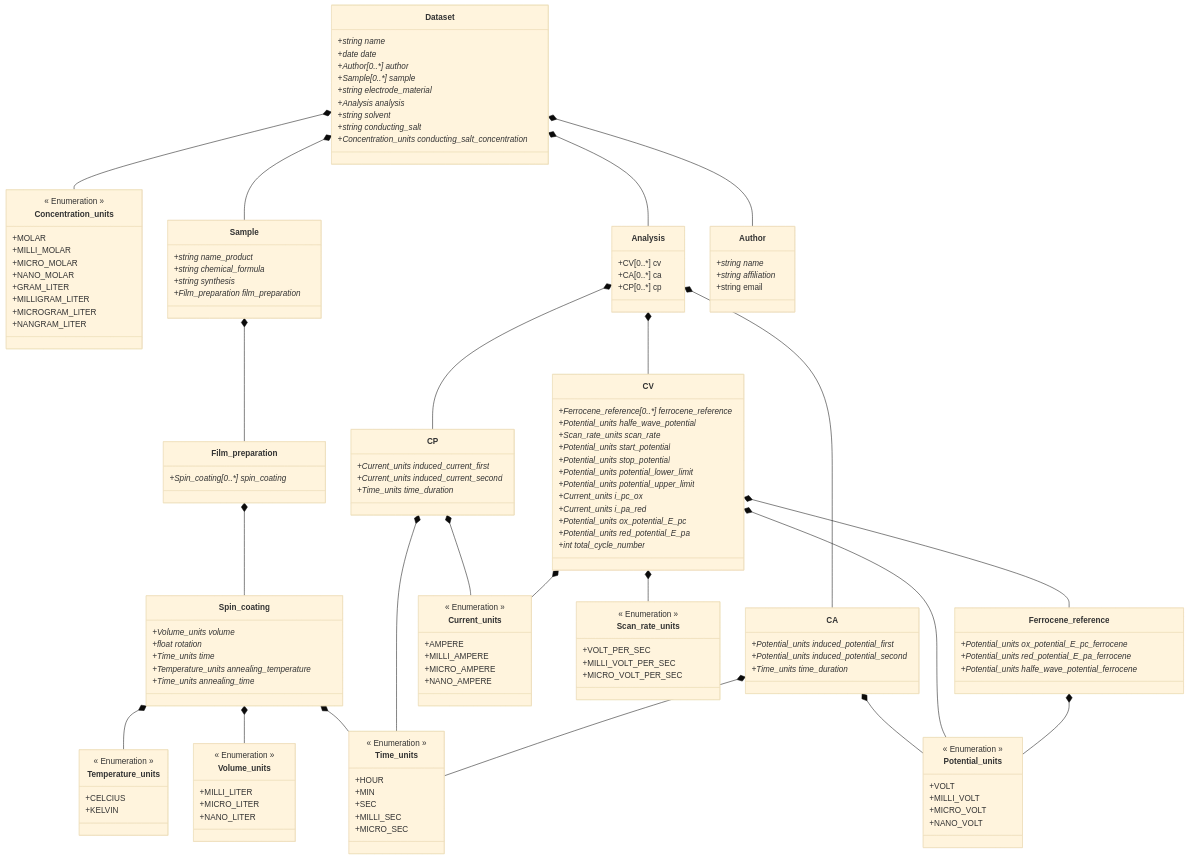
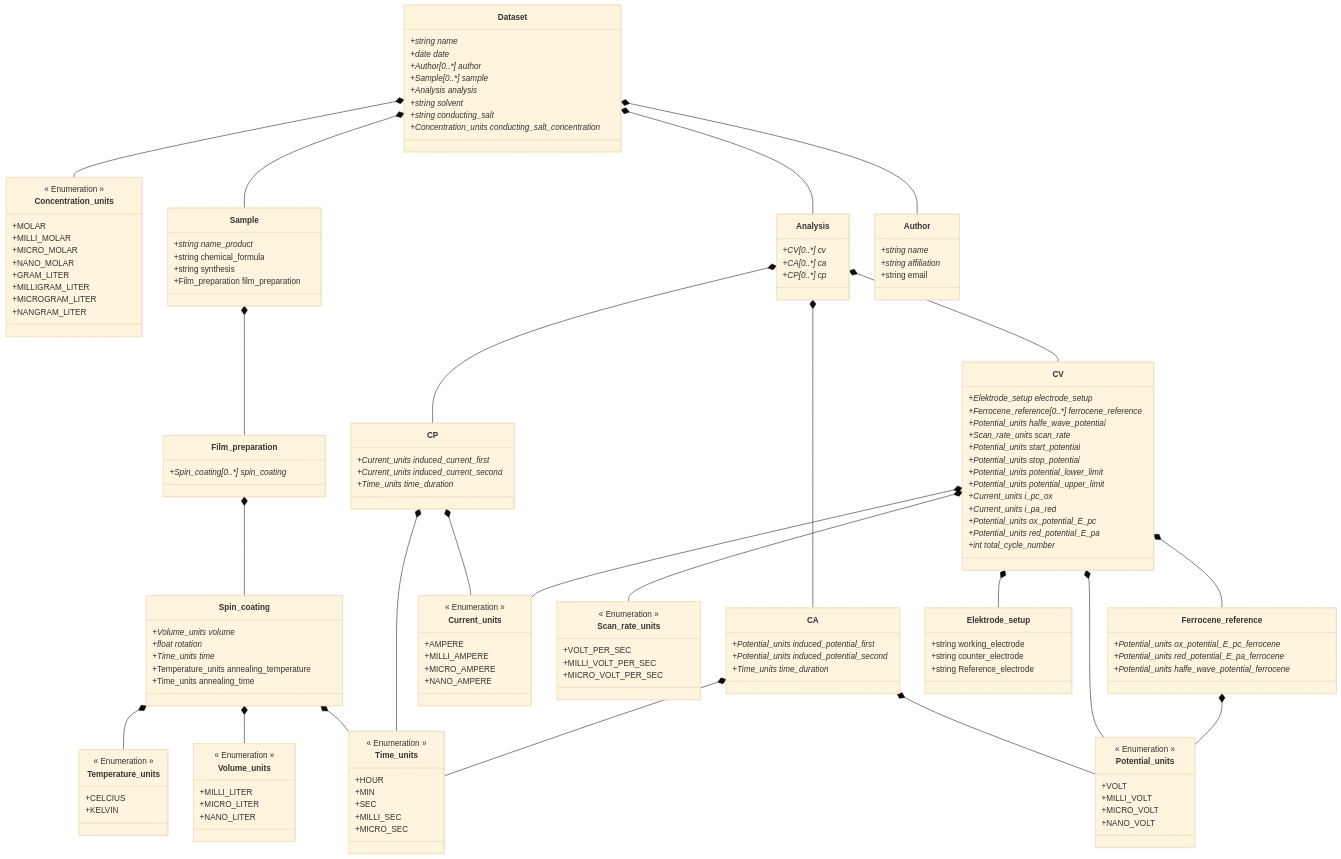
Before and after one commit to FAIRChemistry/datamodel-electrochemistry: the diagram in ElectrochemistryDataModel/schemes/electrochemistrydatamodel_schema.md, drawn with Mermaid (base theme). The commit also changed 12 other files, not shown here.

```diff
--- a/ElectrochemistryDataModel/schemes/electrochemistrydatamodel_schema.md
+++ b/ElectrochemistryDataModel/schemes/electrochemistrydatamodel_schema.md
@@ -20,6 +20,7 @@
     CV *-- Current_units
     CV *-- Potential_units
     CV *-- Ferrocene_reference
+    CV *-- Elektrode_setup
     Ferrocene_reference *-- Potential_units
     
     class Dataset {
@@ -27,7 +28,6 @@
         +date date*
         +Author[0..*] author*
         +Sample[0..*] sample*
-        +string electrode_material*
         +Analysis analysis*
         +string solvent*
         +string conducting_salt*
@@ -36,9 +36,9 @@
     
     class Sample {
         +string name_product*
-        +string chemical_formula*
-        +string synthesis*
-        +Film_preparation film_preparation*
+        +string chemical_formula
+        +string synthesis
+        +Film_preparation film_preparation
     }
     
     class Film_preparation {
@@ -49,14 +49,14 @@
         +Volume_units volume*
         +float rotation*
         +Time_units time*
-        +Temperature_units annealing_temperature*
-        +Time_units annealing_time*
+        +Temperature_units annealing_temperature
+        +Time_units annealing_time
     }
     
     class Analysis {
-        +CV[0..*] cv
-        +CA[0..*] ca
-        +CP[0..*] cp
+        +CV[0..*] cv*
+        +CA[0..*] ca*
+        +CP[0..*] cp*
     }
     
     class CP {
@@ -72,6 +72,7 @@
     }
     
     class CV {
+        +Elektrode_setup electrode_setup*
         +Ferrocene_reference[0..*] ferrocene_reference*
         +Potential_units halfe_wave_potential*
         +Scan_rate_units scan_rate*
@@ -90,6 +91,12 @@
         +Potential_units ox_potential_E_pc_ferrocene*
         +Potential_units red_potential_E_pa_ferrocene*
         +Potential_units halfe_wave_potential_ferrocene*
+    }
+    
+    class Elektrode_setup {
+        +string working_electrode
+        +string counter_electrode
+        +string Reference_electrode
     }
     
     class Author {
```
